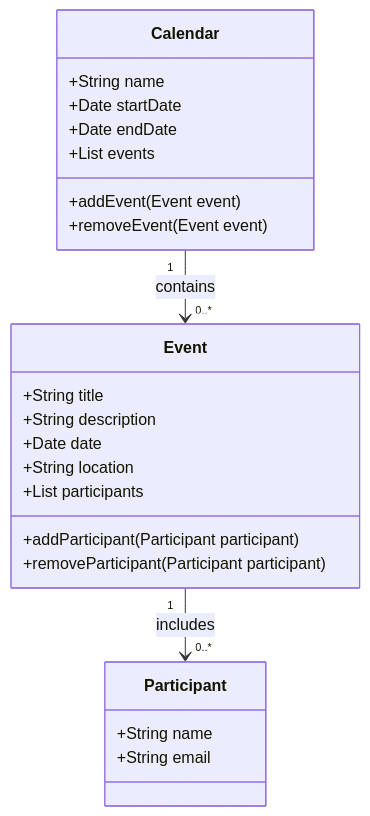
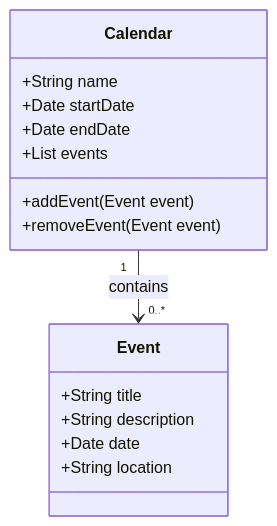
The diagram in README.md (d1n35/claro-dio-API), drawn with Mermaid before and after one commit.

````diff
--- a/README.md
+++ b/README.md
@@ -7,29 +7,22 @@
 ```mermaid
 classDiagram
     class Calendar {
         +String name
         +Date startDate
         +Date endDate
         +List<Event> events
         +addEvent(Event event)
         +removeEvent(Event event)
     }
 
     class Event {
         +String title
         +String description
         +Date date
         +String location
-        +List<Participant> participants
-        +addParticipant(Participant participant)
-        +removeParticipant(Participant participant)
     }
 
-    class Participant {
-        +String name
-        +String email
-    }
+   
 
     Calendar "1" --> "0..*" Event : contains
-    Event "1" --> "0..*" Participant : includes
 ```
````
